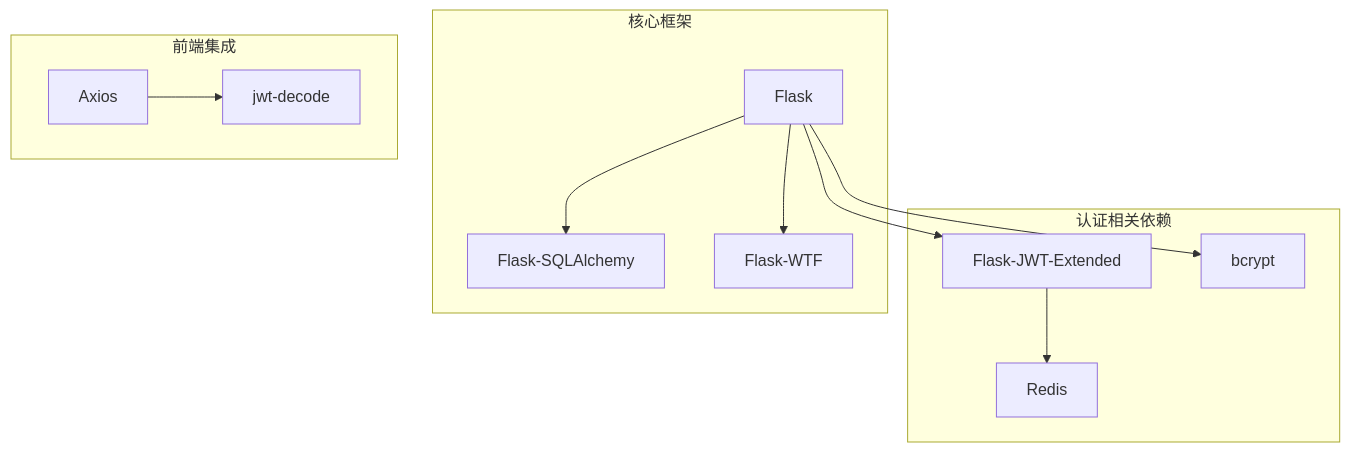
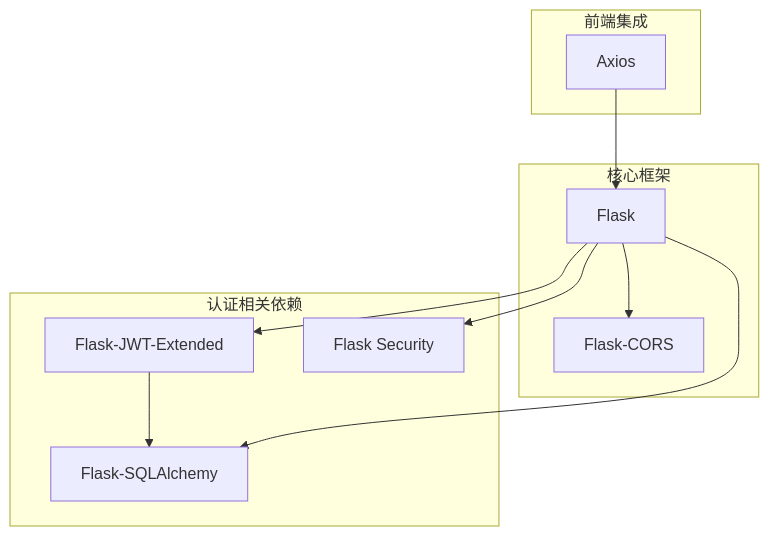
Before and after one commit to wyg5208/website_diy: the sixth of 7 diagrams in .qoder/repowiki/zh/content/API接口文档/用户认证API.md, drawn with Mermaid. The commit also changed other lines of this file and 43 other files, not shown here.

````diff
--- a/.qoder/repowiki/zh/content/API接口文档/用户认证API.md
+++ b/.qoder/repowiki/zh/content/API接口文档/用户认证API.md
@@ -402,23 +442,21 @@
 ```mermaid
 graph TB
 subgraph "认证相关依赖"
 FlaskJWT[Flask-JWT-Extended]
-Bcrypt[bcrypt]
-Redis[Redis]
+Werkzeug[Flask Security]
+SQLAlchemy[Flask-SQLAlchemy]
 end
 subgraph "核心框架"
 Flask[Flask]
-SQLAlchemy[Flask-SQLAlchemy]
-WTForms[Flask-WTF]
+CORS[Flask-CORS]
 end
 subgraph "前端集成"
 Axios[Axios]
-JWTDecode[jwt-decode]
 end
 Flask --> FlaskJWT
-Flask --> Bcrypt
-FlaskJWT --> Redis
+Flask --> Werkzeug
+FlaskJWT --> SQLAlchemy
 Flask --> SQLAlchemy
-Flask --> WTForms
-Axios --> JWTDecode
+Flask --> CORS
+Axios --> Flask
 ```
````
